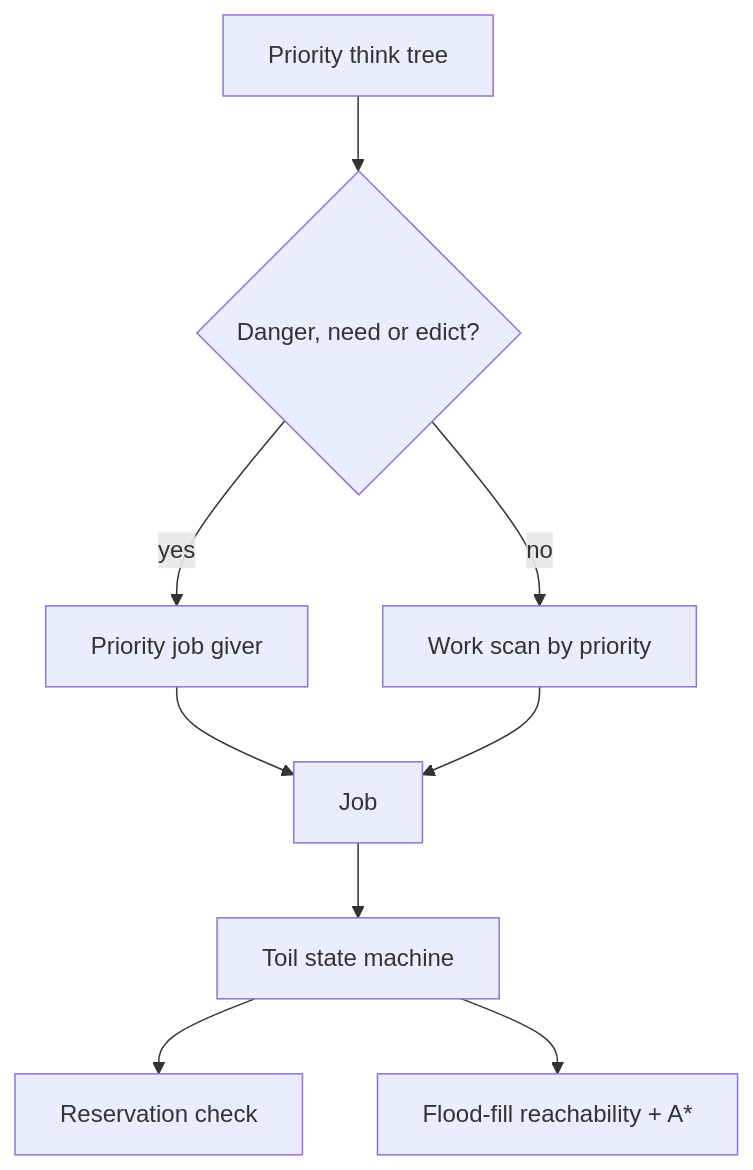
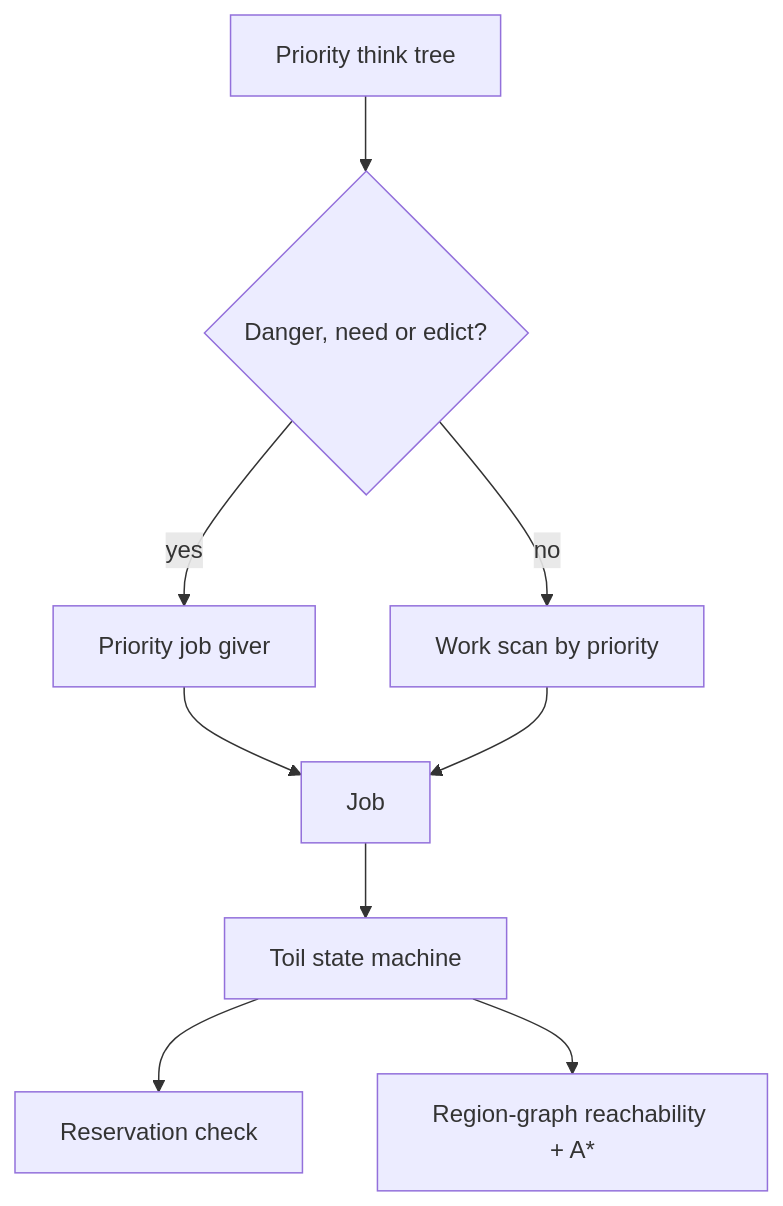
The eighth of 13 diagrams in docs/spec/simworld-spec.md (m2windham/simWorld), drawn with Mermaid before and after one commit. The commit also changed other lines of this file and 20 other files, not shown here.

First line of the commit message:
God layer fed by real settlements, and reachability on a region graph (#33)

````diff
--- a/docs/spec/simworld-spec.md
+++ b/docs/spec/simworld-spec.md
@@ -480,11 +494,11 @@
 ```mermaid
 flowchart TD
   Tree[Priority think tree] --> Override{Danger, need or edict?}
   Override -->|yes| Priority[Priority job giver]
   Override -->|no| Work[Work scan by priority]
   Priority --> Job
   Work --> Job
   Job --> Toils[Toil state machine]
   Toils --> Reserve[Reservation check]
-  Toils --> Path[Flood-fill reachability + A*]
+  Toils --> Path[Region-graph reachability + A*]
 ```
````
